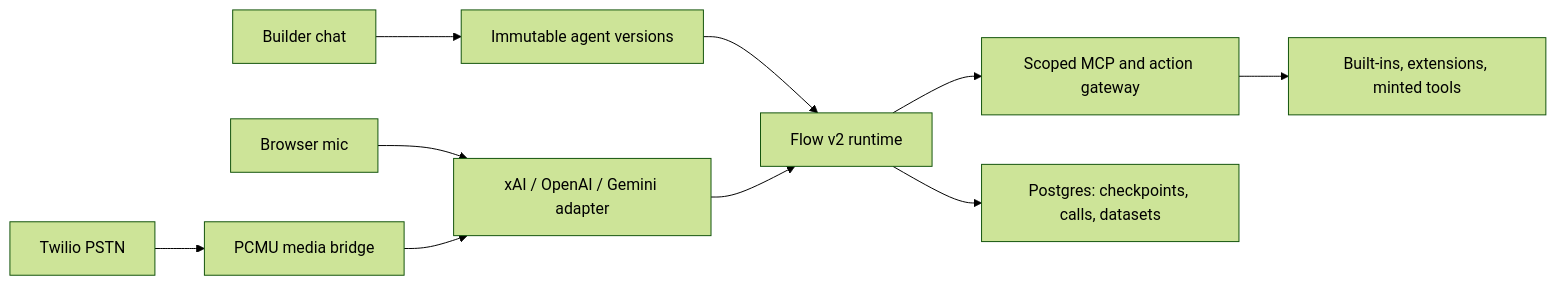
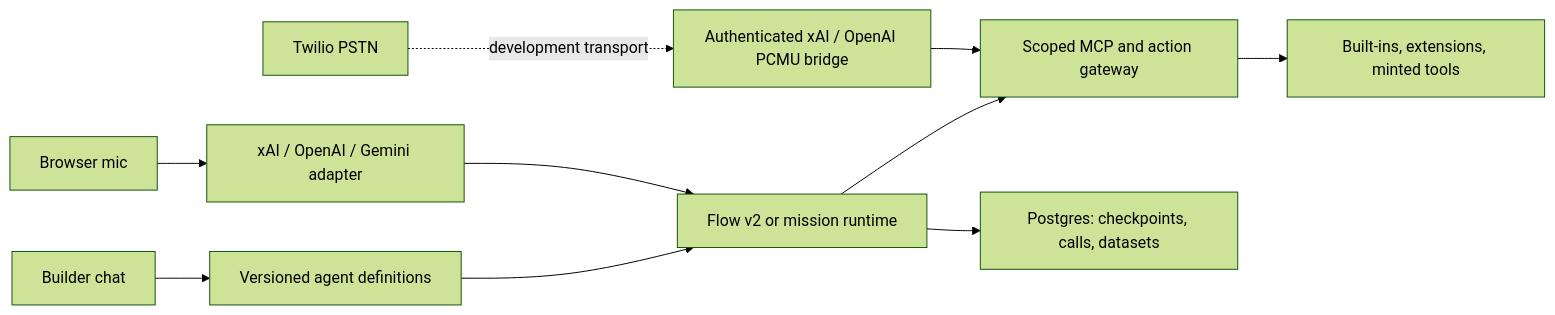
Before and after one commit to harshag1/CallCenter: the diagram in README.md, drawn with Mermaid (forest theme). The commit also changed other lines of this file and 14 other files, not shown here.

````diff
--- a/README.md
+++ b/README.md
@@ -45,11 +58,10 @@
 ```mermaid
 flowchart LR
-  Builder["Builder chat"] --> Versions["Immutable agent versions"]
-  Versions --> Flow["Flow v2 runtime"]
-  Flow --> MCP["Scoped MCP and action gateway"]
+  Builder["Builder chat"] --> Versions["Versioned agent definitions"]
+  Versions --> Runtime["Flow v2 or mission runtime"]
+  Runtime --> MCP["Scoped MCP and action gateway"]
   MCP --> Tools["Built-ins, extensions, minted tools"]
-  Browser["Browser mic"] --> Adapter["xAI / OpenAI / Gemini adapter"]
-  Twilio["Twilio PSTN"] --> Bridge["PCMU media bridge"] --> Adapter
-  Adapter --> Flow
-  Flow --> DB["Postgres: checkpoints, calls, datasets"]
+  Browser["Browser mic"] --> BrowserAdapter["xAI / OpenAI / Gemini adapter"] --> Runtime
+  Twilio["Twilio PSTN"] -. "development transport" .-> Bridge["Authenticated xAI / OpenAI PCMU bridge"] --> MCP
+  Runtime --> DB["Postgres: checkpoints, calls, datasets"]
 ```
````
